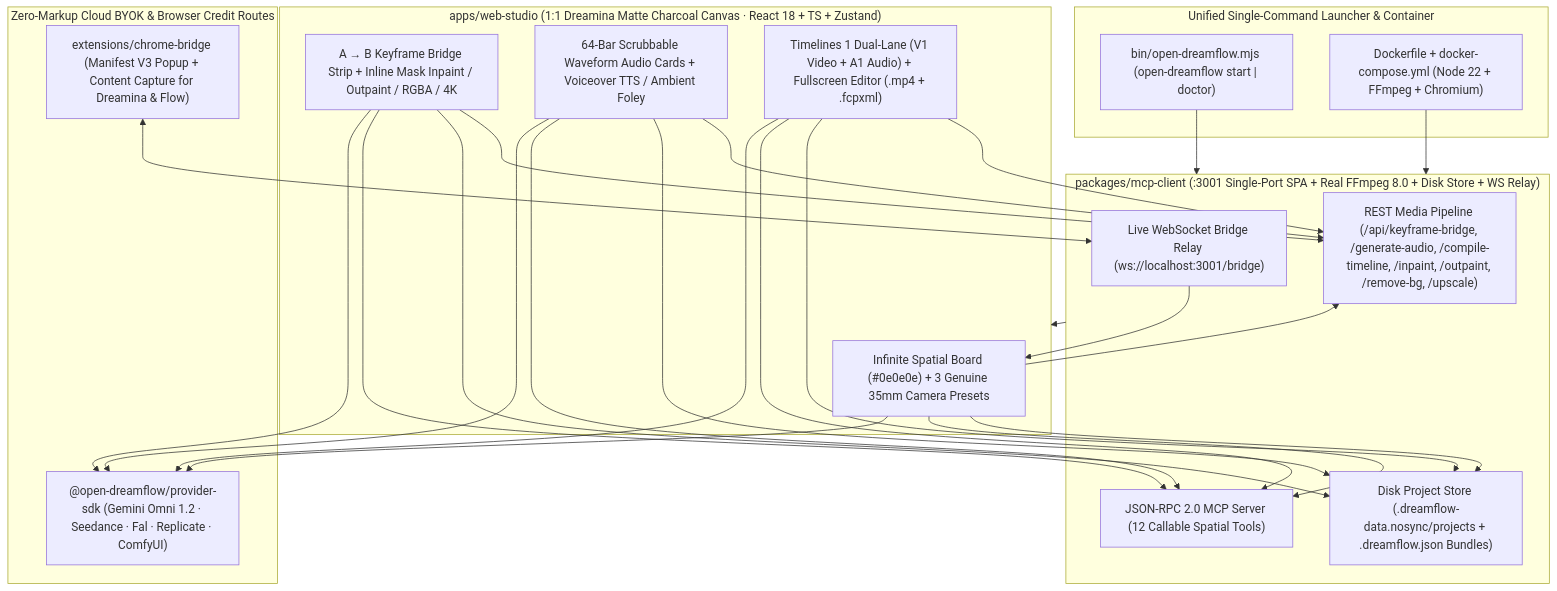
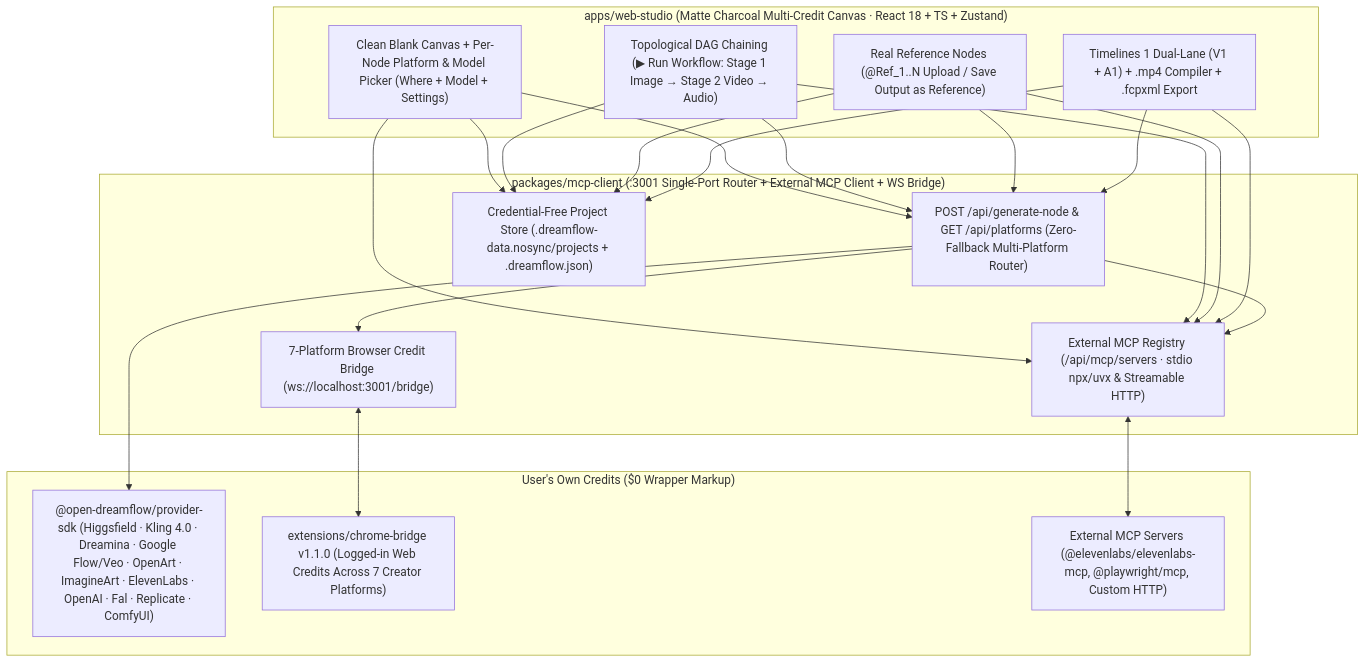
The diagram in README.md (dheepanratnam/open-dreamflow), drawn with Mermaid before and after one commit. The commit also changed other lines of this file and 13 other files, not shown here.

Commit message:
feat(web-studio): add clean blank nodes, per-node platform/model bar, Higgsfield->Kling->ElevenLabs workflow chaining, and 12-stage E2E suite

````diff
--- a/README.md
+++ b/README.md
@@ -17,32 +17,27 @@
 ```mermaid
 flowchart TD
-  subgraph Launcher["Unified Single-Command Launcher & Container"]
-    CLI["bin/open-dreamflow.mjs (open-dreamflow start | doctor)"]
-    DOC["Dockerfile + docker-compose.yml (Node 22 + FFmpeg + Chromium)"]
+  subgraph Studio["apps/web-studio (Matte Charcoal Multi-Credit Canvas · React 18 + TS + Zustand)"]
+    CB["Clean Blank Canvas + Per-Node Platform & Model Picker (Where + Model + Settings)"]
+    DAG["Topological DAG Chaining (▶ Run Workflow: Stage 1 Image → Stage 2 Video → Audio)"]
+    REF["Real Reference Nodes (@Ref_1..N Upload / Save Output as Reference)"]
+    TL["Timelines 1 Dual-Lane (V1 + A1) + .mp4 Compiler + .fcpxml Export"]
   end
 
-  subgraph Studio["apps/web-studio (1:1 Dreamina Matte Charcoal Canvas · React 18 + TS + Zustand)"]
-    CB["Infinite Spatial Board (#0e0e0e) + 3 Genuine 35mm Camera Presets"]
-    KB["A → B Keyframe Bridge Strip + Inline Mask Inpaint / Outpaint / RGBA / 4K"]
-    AU["64-Bar Scrubbable Waveform Audio Cards + Voiceover TTS / Ambient Foley"]
-    TL["Timelines 1 Dual-Lane (V1 Video + A1 Audio) + Fullscreen Editor (.mp4 + .fcpxml)"]
+  subgraph Engine["packages/mcp-client (:3001 Single-Port Router + External MCP Client + WS Bridge)"]
+    GEN["POST /api/generate-node & GET /api/platforms (Zero-Fallback Multi-Platform Router)"]
+    MCPR["External MCP Registry (/api/mcp/servers · stdio npx/uvx & Streamable HTTP)"]
+    WS["7-Platform Browser Credit Bridge (ws://localhost:3001/bridge)"]
+    PRJ["Credential-Free Project Store (.dreamflow-data.nosync/projects + .dreamflow.json)"]
   end
 
-  subgraph Engine["packages/mcp-client (:3001 Single-Port SPA + Real FFmpeg 8.0 + Disk Store + WS Relay)"]
-    API["REST Media Pipeline (/api/keyframe-bridge, /generate-audio, /compile-timeline, /inpaint, /outpaint, /remove-bg, /upscale)"]
-    PRJ["Disk Project Store (.dreamflow-data.nosync/projects + .dreamflow.json Bundles)"]
-    MCP["JSON-RPC 2.0 MCP Server (12 Callable Spatial Tools)"]
-    WS["Live WebSocket Bridge Relay (ws://localhost:3001/bridge)"]
+  subgraph Credits["User's Own Credits ($0 Wrapper Markup)"]
+    SDK["@open-dreamflow/provider-sdk (Higgsfield · Kling 4.0 · Dreamina · Google Flow/Veo · OpenArt · ImagineArt · ElevenLabs · OpenAI · Fal · Replicate · ComfyUI)"]
+    EXT["extensions/chrome-bridge v1.1.0 (Logged-in Web Credits Across 7 Creator Platforms)"]
+    EMCP["External MCP Servers (@elevenlabs/elevenlabs-mcp, @playwright/mcp, Custom HTTP)"]
   end
 
-  subgraph Providers["Zero-Markup Cloud BYOK & Browser Credit Routes"]
-    SDK["@open-dreamflow/provider-sdk (Gemini Omni 1.2 · Seedance · Fal · Replicate · ComfyUI)"]
-    EXT["extensions/chrome-bridge (Manifest V3 Popup + Content Capture for Dreamina & Flow)"]
-  end
-
-  CLI & DOC --> Engine
-  Engine --> Studio
-  CB & KB & AU & TL --> API & PRJ & MCP & SDK
-  EXT <--> WS
-  WS --> CB
+  CB & DAG & REF & TL --> GEN & MCPR & PRJ
+  GEN --> SDK & MCPR & WS
+  MCPR <--> EMCP
+  WS <--> EXT
 ```
````
